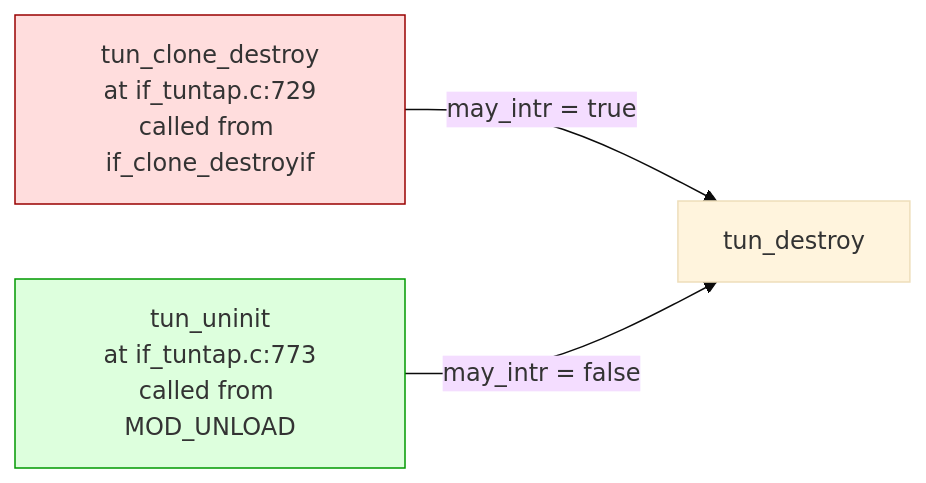
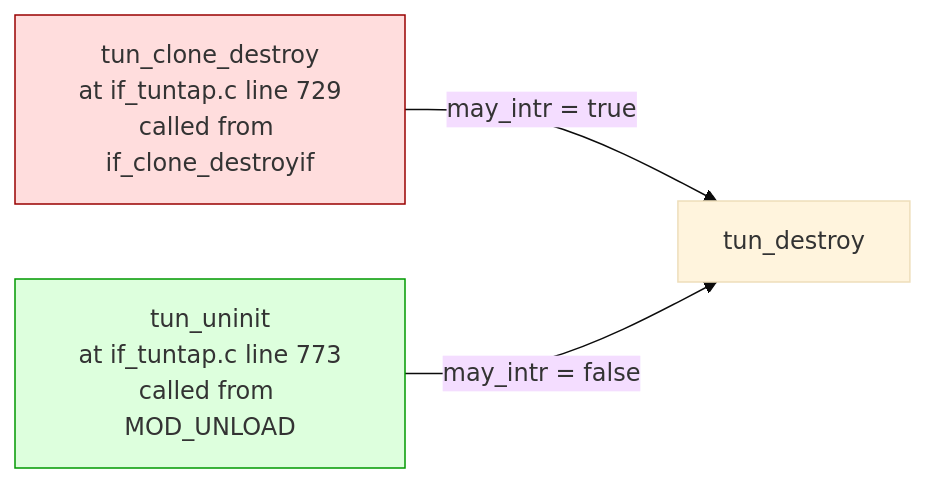
One commit to ocochard/myscripts changed the fourth of 6 diagrams in FreeBSD/doc/tun_destroy_deadlock_case_study.md. Above: the diagram before and after it, drawn with Mermaid (base theme). The commit also changed other lines of this file, not shown here.

First line of the commit message:
tun_destroy case study: fix mermaid rendering on GitHub, drop hostname

````diff
--- a/FreeBSD/doc/tun_destroy_deadlock_case_study.md
+++ b/FreeBSD/doc/tun_destroy_deadlock_case_study.md
@@ -613,8 +613,8 @@
 ```mermaid
 flowchart LR
-    A[tun_clone_destroy<br/>at if_tuntap.c:729<br/>called from if_clone_destroyif] -->|may_intr = true| TD[tun_destroy]
-    B[tun_uninit<br/>at if_tuntap.c:773<br/>called from MOD_UNLOAD] -->|may_intr = false| TD
+    A["tun_clone_destroy<br/>at if_tuntap.c line 729<br/>called from if_clone_destroyif"] -->|may_intr = true| TD[tun_destroy]
+    B["tun_uninit<br/>at if_tuntap.c line 773<br/>called from MOD_UNLOAD"] -->|may_intr = false| TD
 
     style A fill:#fdd,stroke:#900
     style B fill:#dfd,stroke:#090
 ```
````
